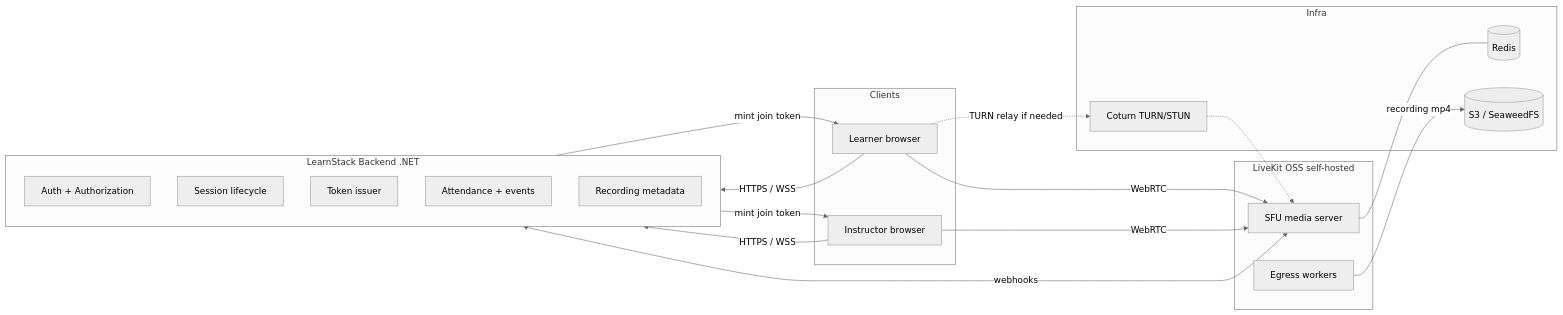
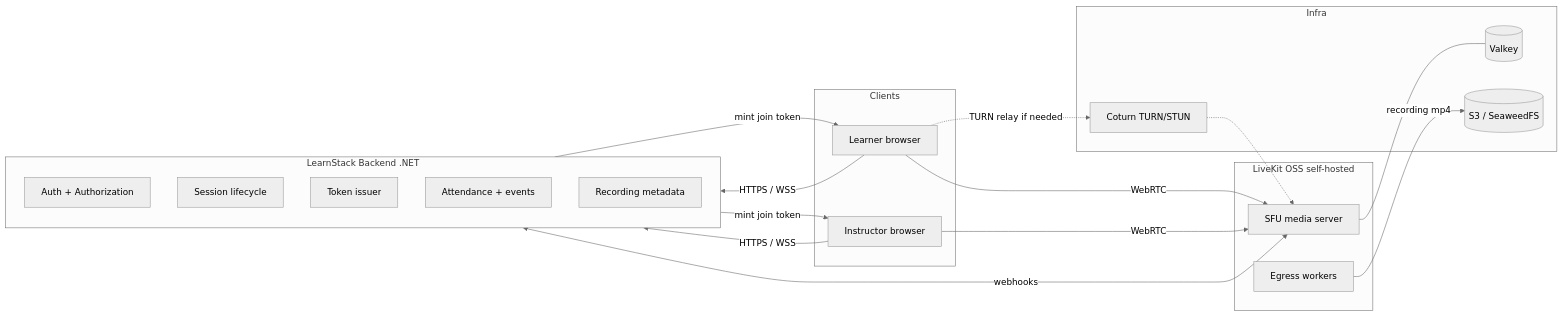
Before and after one commit to HodeTech/LearnStack: the diagram in docs/architecture/07-in-app-live-classroom.md, drawn with Mermaid (neutral theme). The commit also changed other lines of this file and 45 other files, not shown here.

````diff
--- a/docs/architecture/07-in-app-live-classroom.md
+++ b/docs/architecture/07-in-app-live-classroom.md
@@ -46,37 +46,37 @@
 ```mermaid
 flowchart LR
     subgraph Clients
         L[Learner browser]
         I[Instructor browser]
     end
 
     subgraph LearnStack[LearnStack Backend .NET]
         AUTH[Auth + Authorization]
         SESS[Session lifecycle]
         TOKEN[Token issuer]
         ATT[Attendance + events]
         REC[Recording metadata]
     end
 
     subgraph LiveKit[LiveKit OSS self-hosted]
         SFU[SFU media server]
         EGR[Egress workers]
     end
 
     subgraph Infra
-        REDIS[(Redis)]
+        REDIS[(Valkey)]
         S3[(S3 / SeaweedFS)]
         TURN[Coturn TURN/STUN]
     end
 
     L -- HTTPS / WSS --> LearnStack
     I -- HTTPS / WSS --> LearnStack
     LearnStack -- mint join token --> L
     LearnStack -- mint join token --> I
     L -- WebRTC --> SFU
     I -- WebRTC --> SFU
     L -. TURN relay if needed .-> TURN -.-> SFU
     SFU --- REDIS
     EGR -- recording mp4 --> S3
     LearnStack <-- webhooks --> SFU
 ```
````
